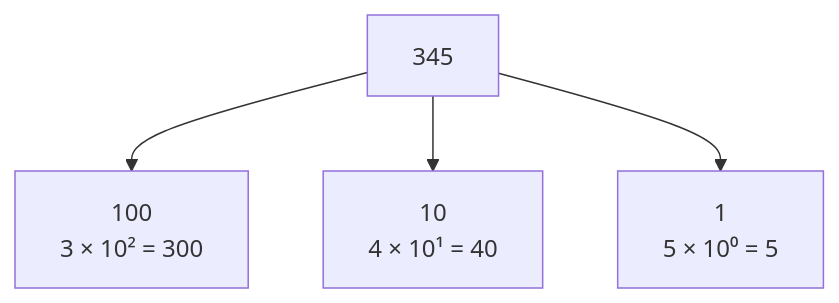
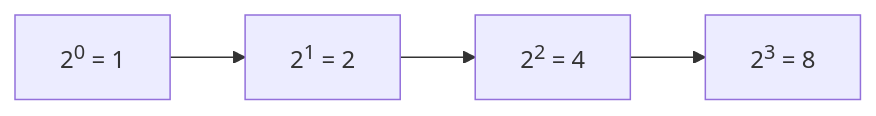
Before and after one commit to csmith2001/binary-calc: the first of 2 diagrams in README.md, drawn with Mermaid. The commit also changed other lines of this file, not shown here.

````diff
--- a/README.md
+++ b/README.md
@@ -21,12 +35,11 @@
 ```mermaid
-flowchart TD
-  Number["345"]
+flowchart LR
+  B0["2<sup>0</sup> = 1"]
+  B1["2<sup>1</sup> = 2"]
+  B2["2<sup>2</sup> = 4"]
+  B3["2<sup>3</sup> = 8"]
 
-  H["100<br>3 × 10² = 300"]
-  T["10<br>4 × 10¹ = 40"]
-  O["1<br>5 × 10⁰ = 5"]
-
-  Number --> H
-  Number --> T
-  Number --> O
+  B0-->B1
+  B1-->B2
+  B2-->B3
 ```
````
